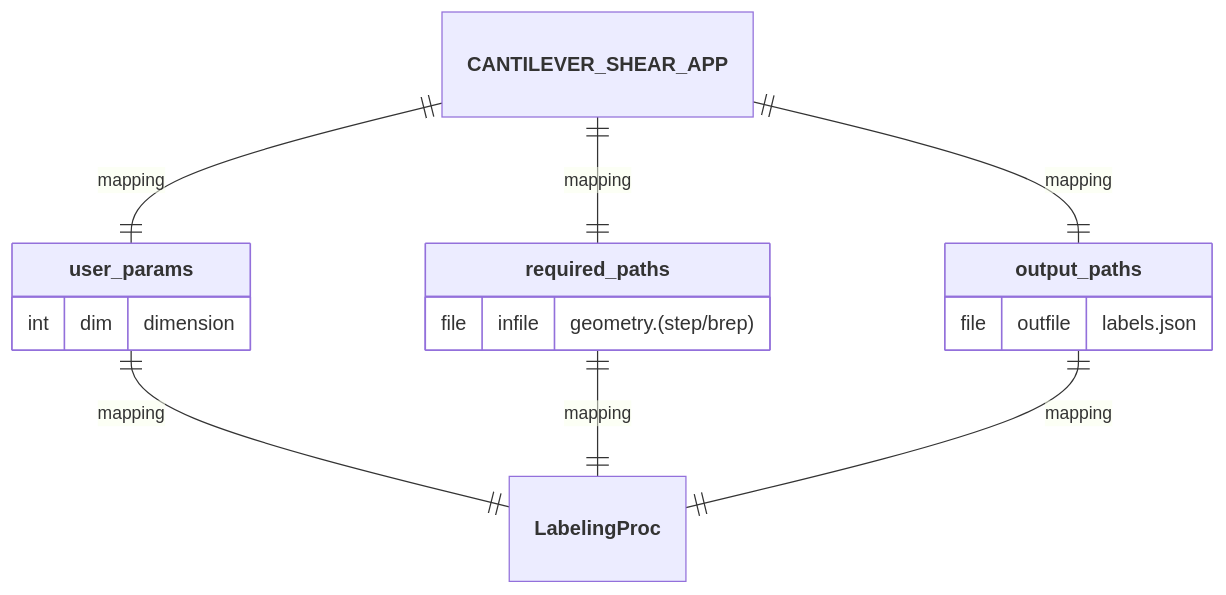
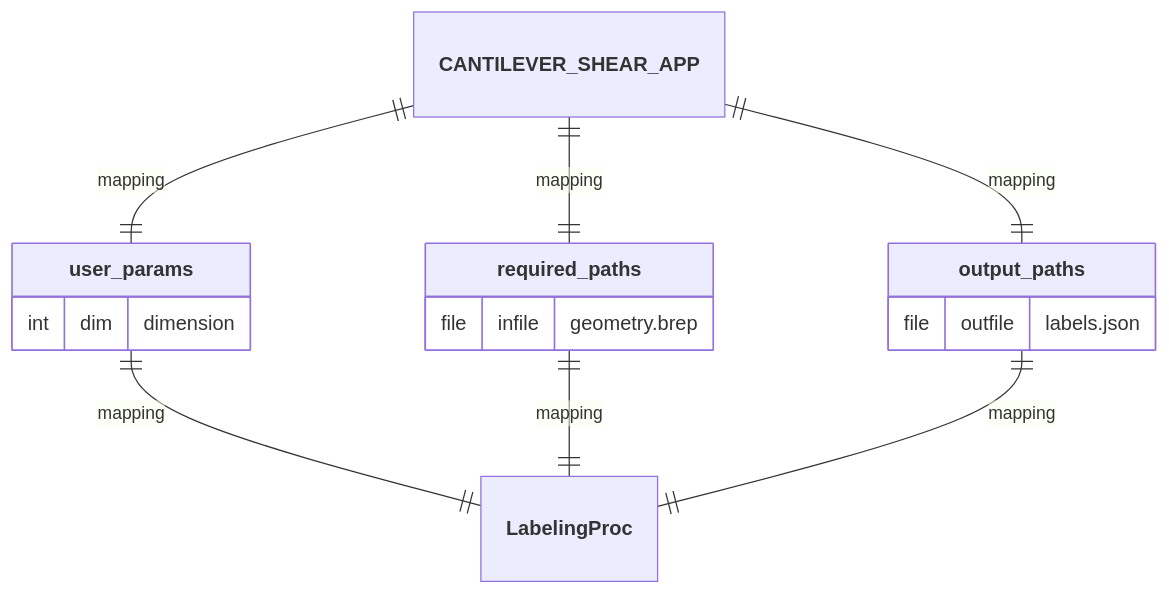
Before and after one commit to nuremics/sim-labs: the third of 6 diagrams in src/nuremics_labs/apps/simulation/CANTILEVER_SHEAR_APP/README.md, drawn with Mermaid. The commit also changed other lines of this file and 4 other files, not shown here.

````diff
--- a/src/nuremics_labs/apps/simulation/CANTILEVER_SHEAR_APP/README.md
+++ b/src/nuremics_labs/apps/simulation/CANTILEVER_SHEAR_APP/README.md
@@ -53,19 +50,19 @@
 ```mermaid
 erDiagram
   **CANTILEVER_SHEAR_APP** ||--|| **user_params** : mapping
   **CANTILEVER_SHEAR_APP** ||--|| **required_paths** : mapping
   **CANTILEVER_SHEAR_APP** ||--|| **output_paths** : mapping
   **user_params** ||--|| **LabelingProc** : mapping
   **required_paths** ||--|| **LabelingProc** : mapping
   **output_paths** ||--|| **LabelingProc** : mapping
 
   **user_params** {
     int dim "dimension"
   }
   **required_paths** {
-    file infile "geometry.(step/brep)"
+    file infile "geometry.brep"
   }
   **output_paths** {
     file outfile "labels.json"
   }
 ```
````
